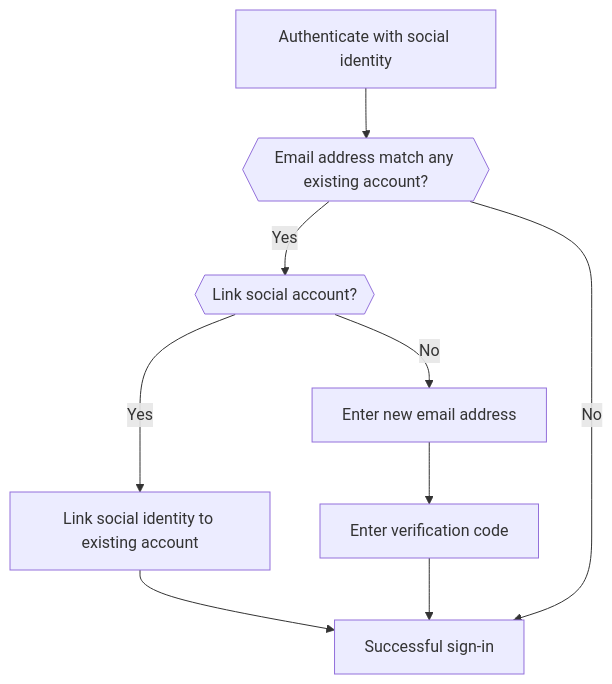
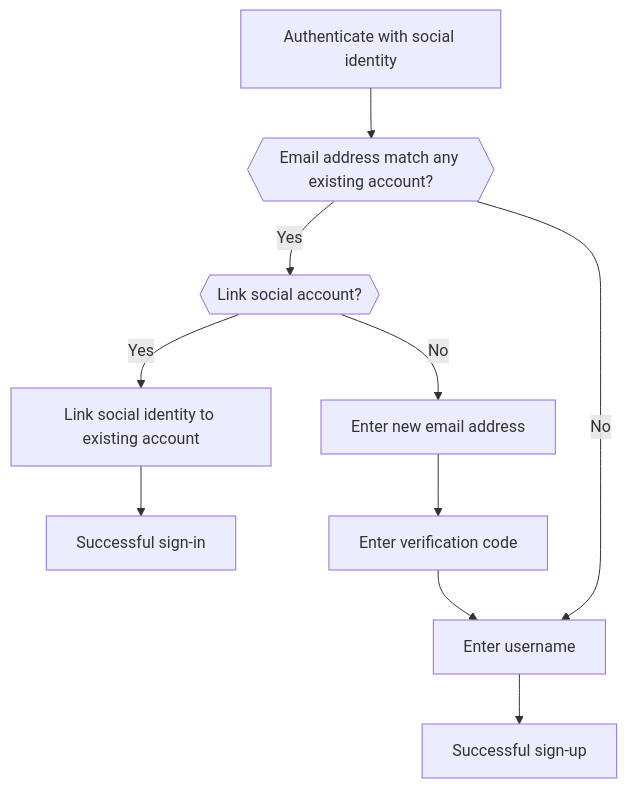
One commit to logto-io/docs changed the sixth of 6 diagrams in docs/end-user-flows/sign-up-and-sign-in/social-sign-in.mdx. Above: the diagram before and after it, drawn with Mermaid. The commit also changed other lines of this file and 3 other files, not shown here.

````diff
--- a/docs/end-user-flows/sign-up-and-sign-in/social-sign-in.mdx
+++ b/docs/end-user-flows/sign-up-and-sign-in/social-sign-in.mdx
@@ -152,11 +159,12 @@
    ```mermaid
       flowchart TD
        A[Authenticate with social identity] --> B{{Email address match any existing account?}}
        B -- Yes --> C{{Link social account?}}
        C -- Yes --> D[Link social identity to existing account]
        D --> E[Successful sign-in]
        C -- No --> F[Enter new email address]
        F --> G[Enter verification code]
-       G --> E
-       B -- No --> E
+       G --> H[Enter username]
+       H --> I[Successful sign-up]
+       B -- No --> H
    ```
````
